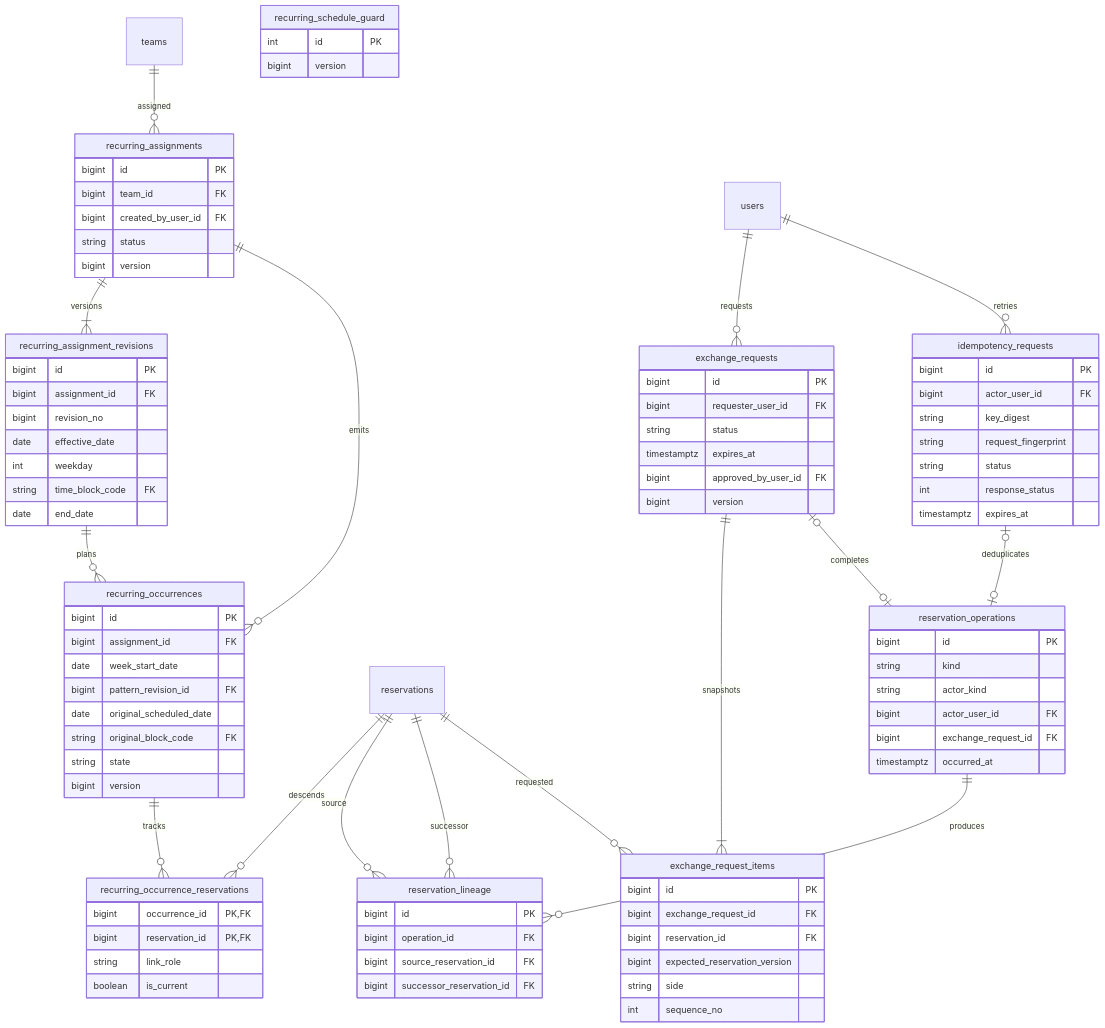
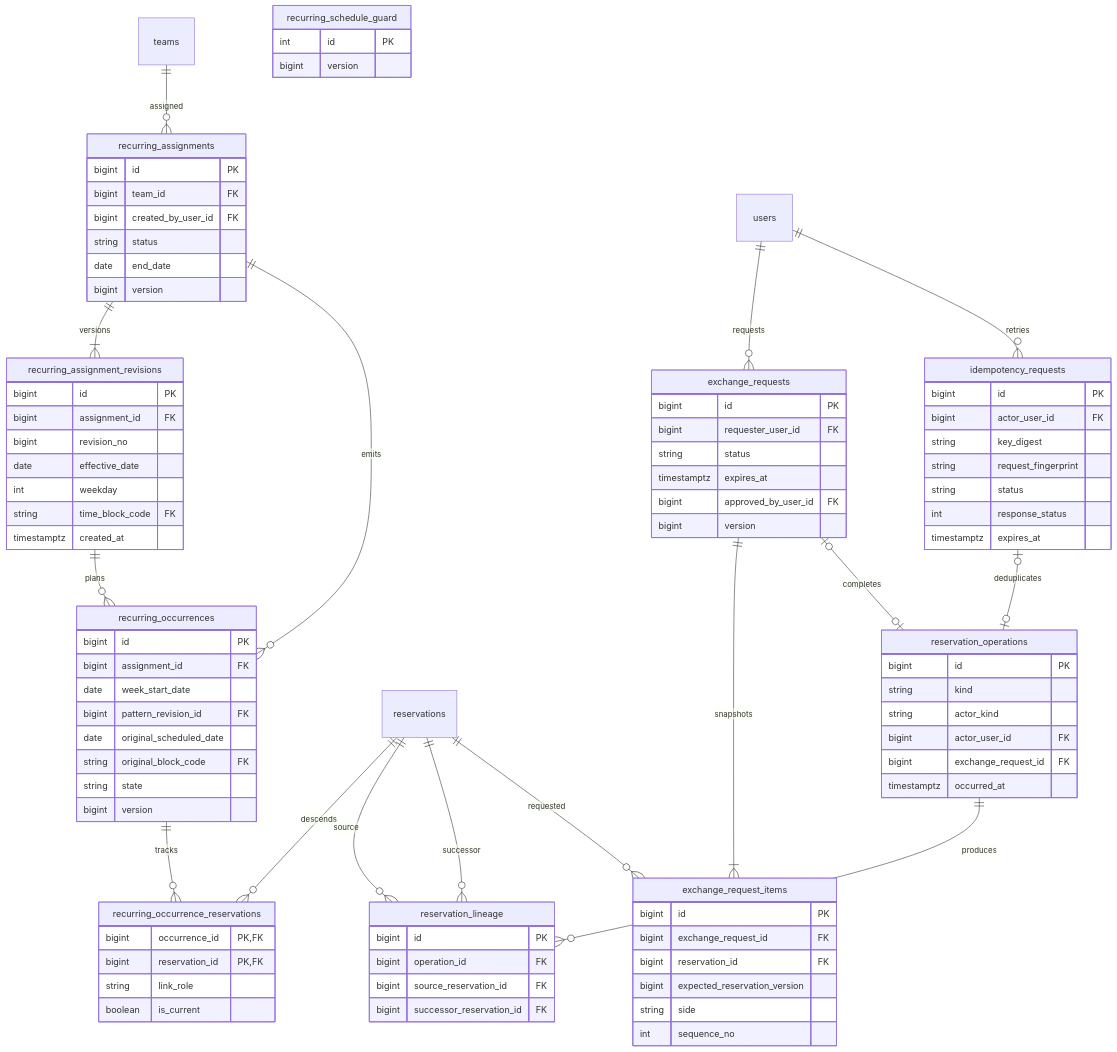
The second of 3 diagrams in docs/ERD.md (developer-sw/jeongeum-band-scheduler), drawn with Mermaid before and after one commit. The commit also changed other lines of this file and 56 other files, not shown here.

```diff
--- a/docs/ERD.md
+++ b/docs/ERD.md
@@ -125,6 +125,7 @@
         bigint team_id FK
         bigint created_by_user_id FK
         string status
+        date end_date
         bigint version
     }
     recurring_assignment_revisions {
@@ -134,7 +135,7 @@
         date effective_date
         int weekday
         string time_block_code FK
-        date end_date
+        timestamptz created_at
     }
     recurring_occurrences {
         bigint id PK
```
